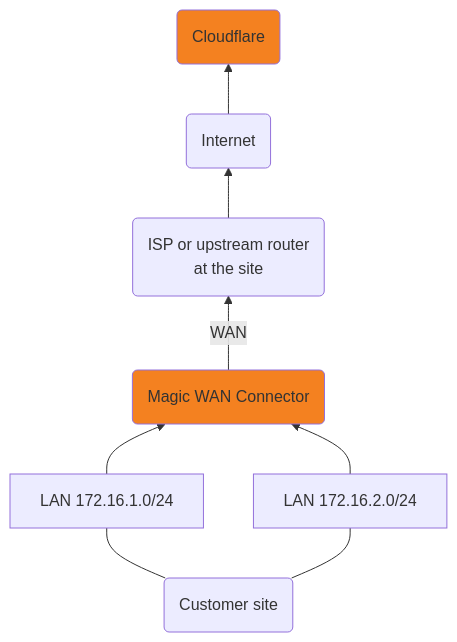
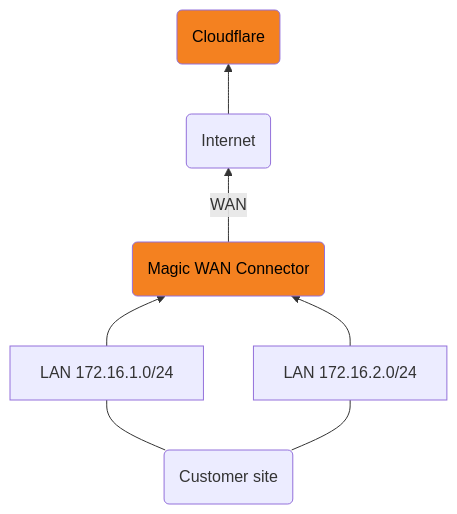
The first of 2 diagrams in content/magic-wan/configuration/connector/configure-hardware-connector/_index.md (cloudflare/cloudflare-docs), drawn with Mermaid before and after one commit. The commit also changed other lines of this file, not shown here.

````diff
--- a/content/magic-wan/configuration/connector/configure-hardware-connector/_index.md
+++ b/content/magic-wan/configuration/connector/configure-hardware-connector/_index.md
@@ -51,10 +53,10 @@
 ```mermaid
 flowchart BT
 accTitle: Magic WAN Connector set up as a DHCP server, and connecting to the Internet
-    b(Magic WAN Connector)-->|WAN|a(ISP or upstream router <br> at the site) --> f(Internet) --> g(Cloudflare)
-    c[LAN 172.16.1.0/24] --> b
-    d[LAN 172.16.2.0/24] --> b
-    e(Customer site) --- c & d
-    classDef orange fill:#f48120
-    class b,g orange
+    a(Magic WAN Connector)-->|WAN|b(Internet) --> c(Cloudflare)
+    d[LAN 172.16.1.0/24] --> a
+    e[LAN 172.16.2.0/24] --> a
+    f(Customer site) --- d & e
+    classDef orange fill:#f48120,color: black
+    class a,c orange
 ```
````
